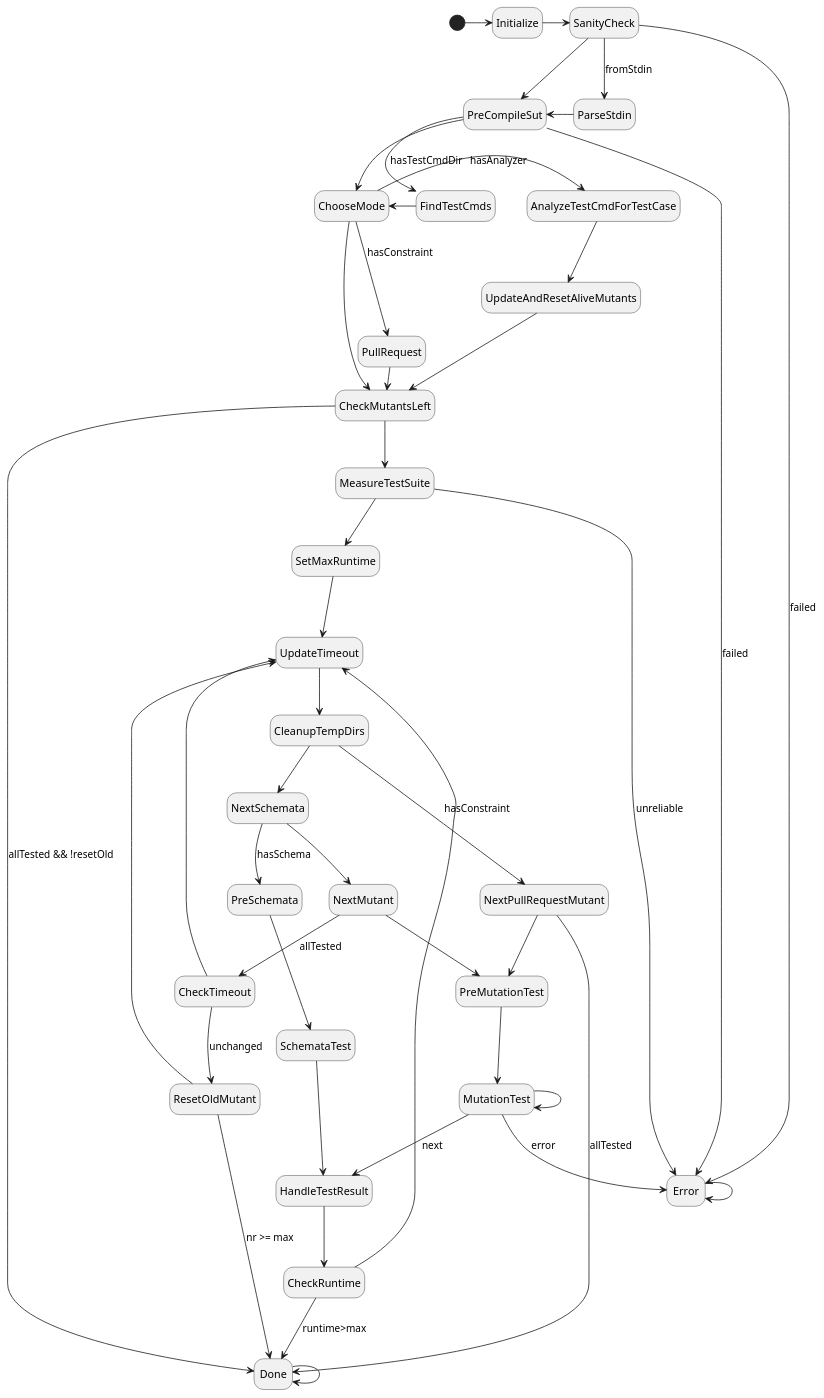
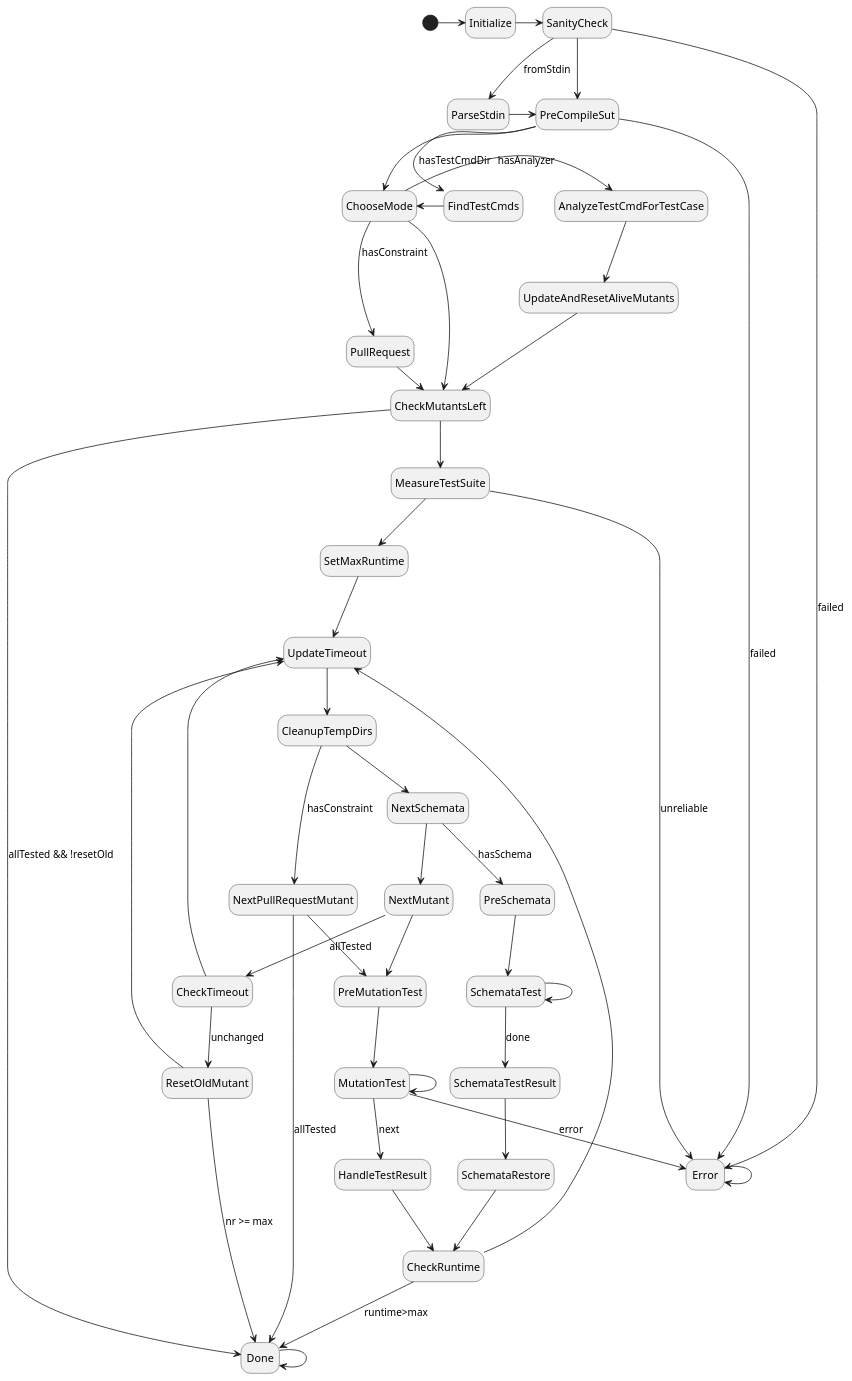
The diagram in plugin/mutate/doc/design/figures/test_mutant_fsm.pu (joakim-brannstrom/dextool), drawn with PlantUML before and after one commit. The commit also changed 21 other files, not shown here.

Commit message:
mutate: implement test phase for mutant schematas

```diff
--- a/plugin/mutate/doc/design/figures/test_mutant_fsm.pu
+++ b/plugin/mutate/doc/design/figures/test_mutant_fsm.pu
@@ -1,72 +1,75 @@
 @startuml
 hide empty description
 
 [*] -> Initialize
 
 Initialize -> SanityCheck
 
 SanityCheck --> Error : failed
 SanityCheck --> ParseStdin : fromStdin
 SanityCheck -> PreCompileSut
 
 ParseStdin -> PreCompileSut
 
 PreCompileSut --> Error : failed
 PreCompileSut --> FindTestCmds : hasTestCmdDir
 PreCompileSut --> ChooseMode
 
 FindTestCmds -> ChooseMode
 
 ChooseMode -> AnalyzeTestCmdForTestCase : hasAnalyzer
 ChooseMode --> PullRequest : hasConstraint
 ChooseMode --> CheckMutantsLeft
 
 PullRequest -> CheckMutantsLeft
 
 AnalyzeTestCmdForTestCase --> UpdateAndResetAliveMutants
 
 UpdateAndResetAliveMutants --> CheckMutantsLeft
 
 UpdateTimeout --> CleanupTempDirs
 
 CleanupTempDirs --> NextSchemata
 CleanupTempDirs --> NextPullRequestMutant : hasConstraint
 
 CheckMutantsLeft --> Done : allTested && !resetOld
 CheckMutantsLeft --> MeasureTestSuite
 
 MeasureTestSuite --> Error : unreliable
 MeasureTestSuite --> SetMaxRuntime
 
 SetMaxRuntime --> UpdateTimeout
 
 CheckRuntime --> UpdateTimeout
 CheckRuntime --> Done : runtime>max
 
 NextPullRequestMutant --> PreMutationTest
 NextPullRequestMutant --> Done : allTested
 
 NextSchemata --> PreSchemata : hasSchema
 NextSchemata --> NextMutant
 PreSchemata --> SchemataTest
-SchemataTest --> HandleTestResult
+SchemataTest --> SchemataTest
+SchemataTest --> SchemataTestResult : done
+SchemataTestResult --> SchemataRestore
+SchemataRestore --> CheckRuntime
 
 NextMutant --> CheckTimeout : allTested
 NextMutant --> PreMutationTest
 PreMutationTest --> MutationTest
 MutationTest --> HandleTestResult : next
 MutationTest --> Error : error
 MutationTest --> MutationTest
 
 HandleTestResult --> CheckRuntime
 
 CheckTimeout --> ResetOldMutant : unchanged
 CheckTimeout --> UpdateTimeout
 
 ResetOldMutant --> UpdateTimeout
 ResetOldMutant --> Done : nr >= max
 
 Done --> Done
 
 Error --> Error
 @enduml
```
